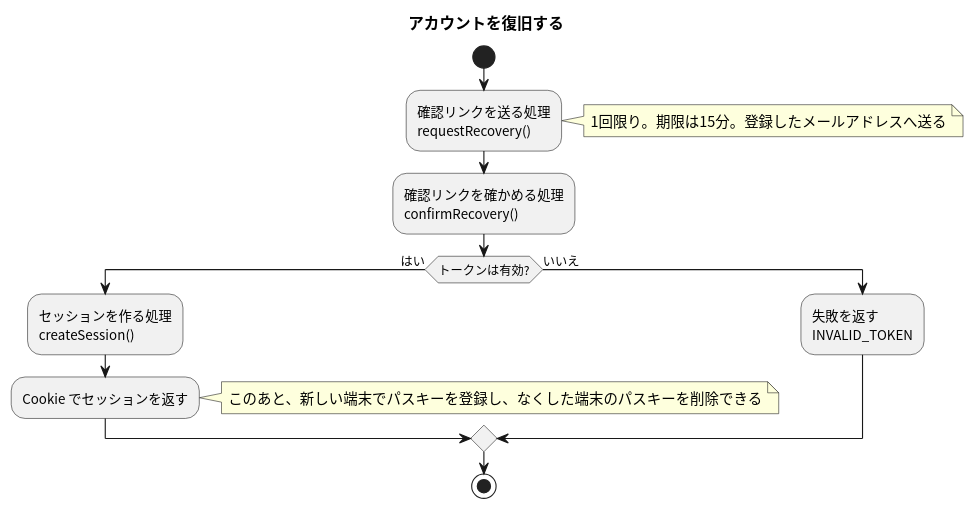
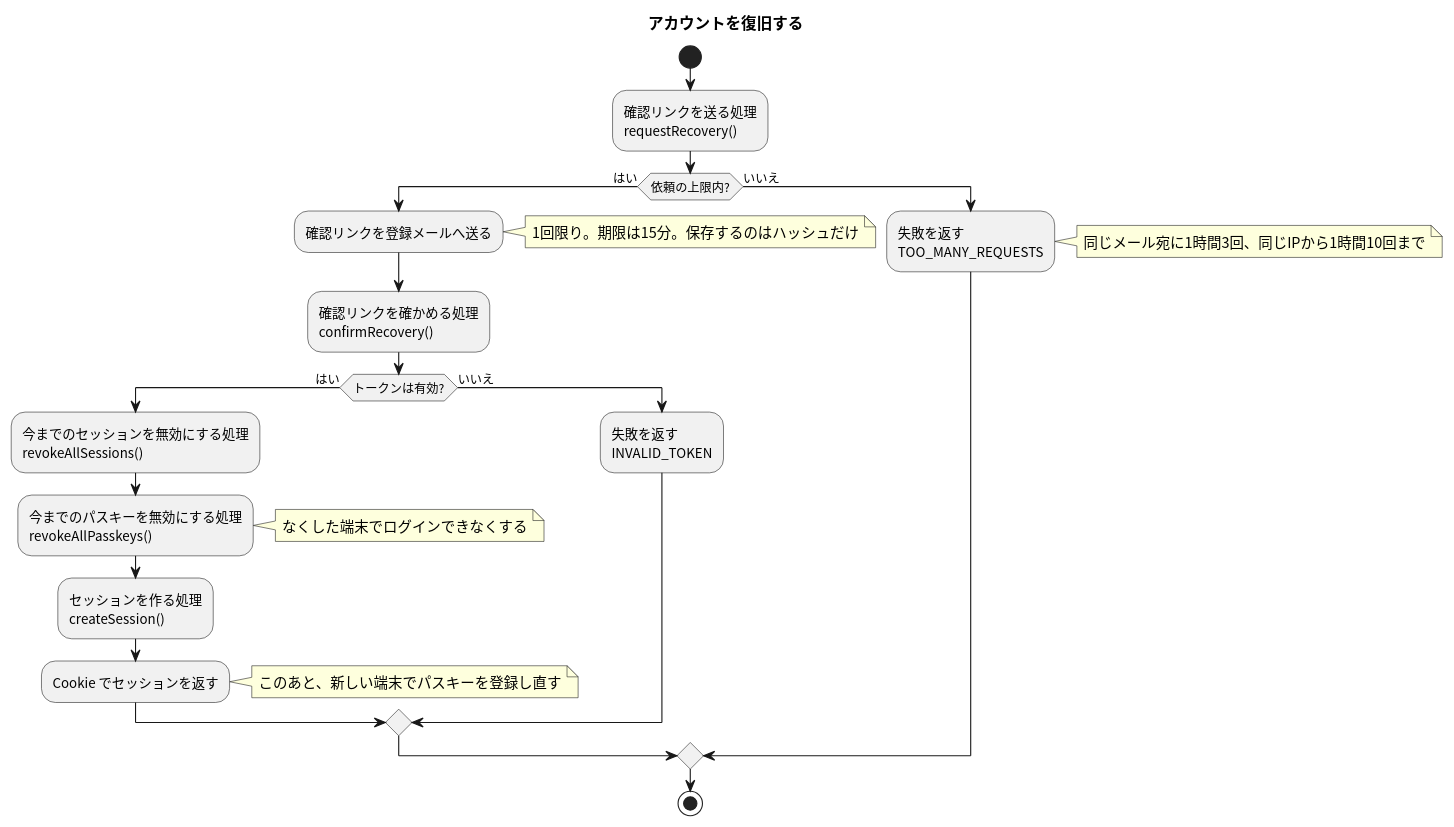
The diagram in apis/recover-account/flow.puml (masamasamasato/design-doc-template), drawn with PlantUML before and after one commit. The commit also changed 57 other files, not shown here.

```diff
--- a/apis/recover-account/flow.puml
+++ b/apis/recover-account/flow.puml
@@ -3,20 +3,29 @@
 @startuml
 skinparam shadowing false
 skinparam defaultFontName "Noto Sans CJK JP"
 skinparam ActivityFontName "Noto Sans CJK JP"
 
 title アカウントを復旧する
 
 start
 :確認リンクを送る処理\nrequestRecovery();
-note right: 1回限り。期限は15分。登録したメールアドレスへ送る
-:確認リンクを確かめる処理\nconfirmRecovery();
-if (トークンは有効?) then (はい)
-  :セッションを作る処理\ncreateSession();
-  :Cookie でセッションを返す;
-  note right: このあと、新しい端末でパスキーを登録し、なくした端末のパスキーを削除できる
+if (依頼の上限内?) then (はい)
+  :確認リンクを登録メールへ送る;
+  note right: 1回限り。期限は15分。保存するのはハッシュだけ
+  :確認リンクを確かめる処理\nconfirmRecovery();
+  if (トークンは有効?) then (はい)
+    :今までのセッションを無効にする処理\nrevokeAllSessions();
+    :今までのパスキーを無効にする処理\nrevokeAllPasskeys();
+    note right: なくした端末でログインできなくする
+    :セッションを作る処理\ncreateSession();
+    :Cookie でセッションを返す;
+    note right: このあと、新しい端末でパスキーを登録し直す
+  else (いいえ)
+    :失敗を返す\nINVALID_TOKEN;
+  endif
 else (いいえ)
-  :失敗を返す\nINVALID_TOKEN;
+  :失敗を返す\nTOO_MANY_REQUESTS;
+  note right: 同じメール宛に1時間3回、同じIPから1時間10回まで
 endif
 stop
 @enduml
```
